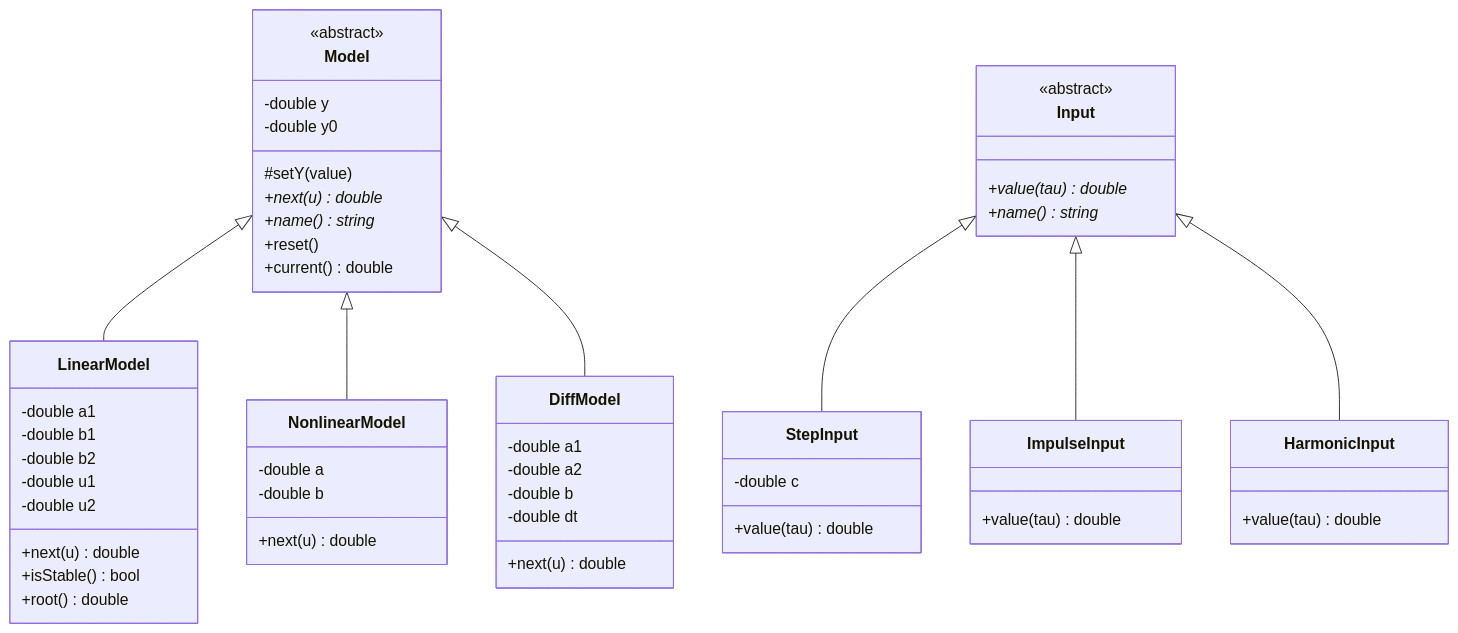
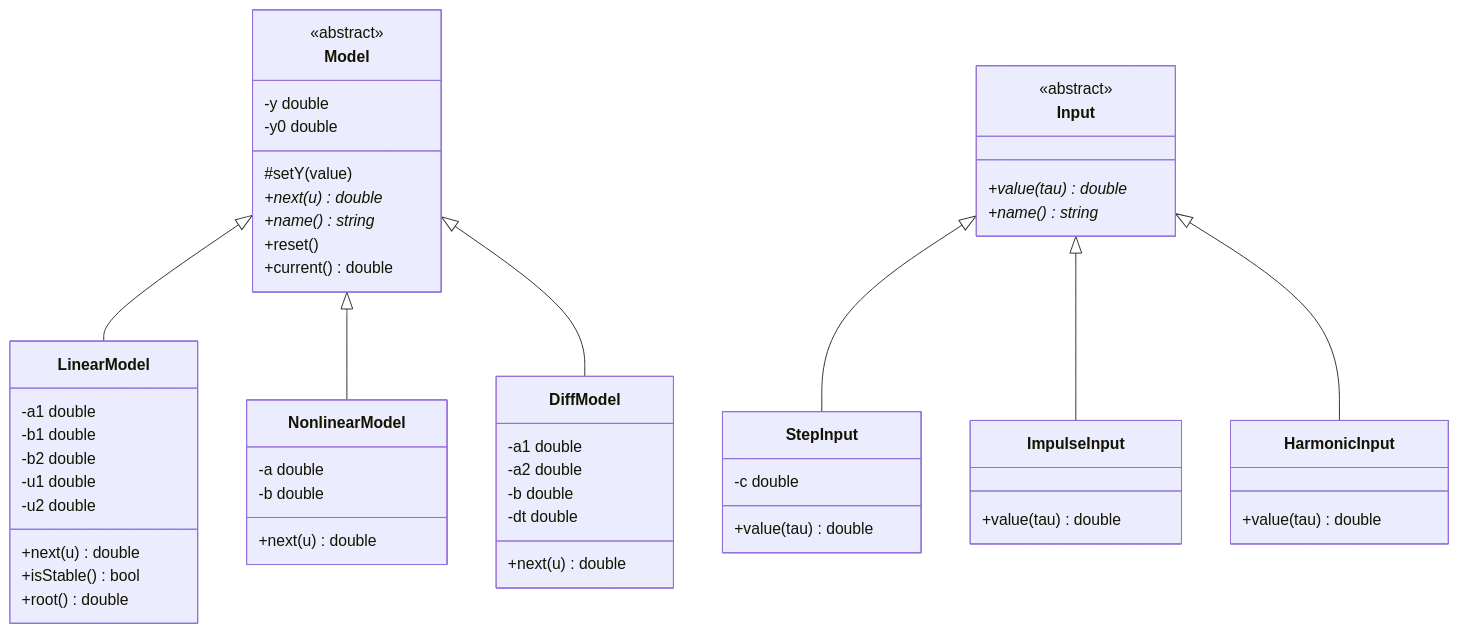
Before and after one commit to Meytcz/OTIS-2026: the diagram in trunk/ii03023/task_01/doc/readme.md, drawn with Mermaid. The commit also changed other lines of this file and 11 other files, not shown here.

````diff
--- a/trunk/ii03023/task_01/doc/readme.md
+++ b/trunk/ii03023/task_01/doc/readme.md
@@ -105,57 +204,64 @@
 ```mermaid
 classDiagram
     class Model {
         <<abstract>>
-        -double y
-        -double y0
+        -y double
+        -y0 double
         #setY(value)
         +next(u) double*
         +name() string*
         +reset()
         +current() double
     }
+
     class LinearModel {
-        -double a1
-        -double b1
-        -double b2
-        -double u1
-        -double u2
+        -a1 double
+        -b1 double
+        -b2 double
+        -u1 double
+        -u2 double
         +next(u) double
         +isStable() bool
         +root() double
     }
+
     class NonlinearModel {
-        -double a
-        -double b
+        -a double
+        -b double
         +next(u) double
     }
+
     class DiffModel {
-        -double a1
-        -double a2
-        -double b
-        -double dt
+        -a1 double
+        -a2 double
+        -b double
+        -dt double
         +next(u) double
     }
+
     class Input {
         <<abstract>>
         +value(tau) double*
         +name() string*
     }
+
     class StepInput {
-        -double c
+        -c double
         +value(tau) double
     }
+
     class ImpulseInput {
         +value(tau) double
     }
+
     class HarmonicInput {
         +value(tau) double
     }
 
     Model <|-- LinearModel
     Model <|-- NonlinearModel
     Model <|-- DiffModel
     Input <|-- StepInput
     Input <|-- ImpulseInput
     Input <|-- HarmonicInput
 ```
````
